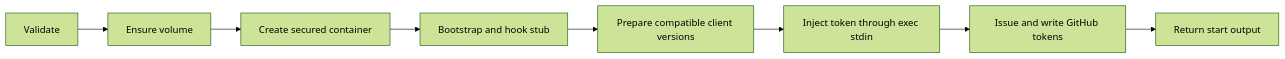
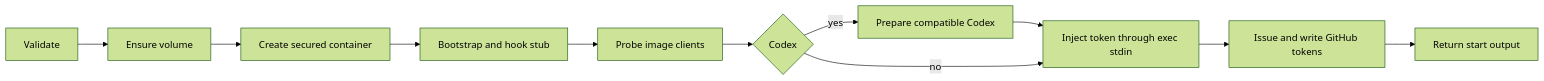
Before and after one commit to ophis/agent-pm: the diagram in docs/docker-broker-protocol.md, drawn with Mermaid (forest theme). The commit also changed other lines of this file and 23 other files, not shown here.

````diff
--- a/docs/docker-broker-protocol.md
+++ b/docs/docker-broker-protocol.md
@@ -165,10 +168,13 @@
 ```mermaid
 flowchart LR
     V[Validate] --> W[Ensure volume]
     W --> C[Create secured container]
     C --> B[Bootstrap and hook stub]
-    B --> P[Prepare compatible client versions]
-    P --> T[Inject token through exec stdin]
+    B --> P[Probe image clients]
+    P --> Q{Codex}
+    Q -->|yes| U[Prepare compatible Codex]
+    U --> T[Inject token through exec stdin]
+    Q -->|no| T
     T --> G[Issue and write GitHub tokens]
     G --> O[Return start output]
 ```
````
